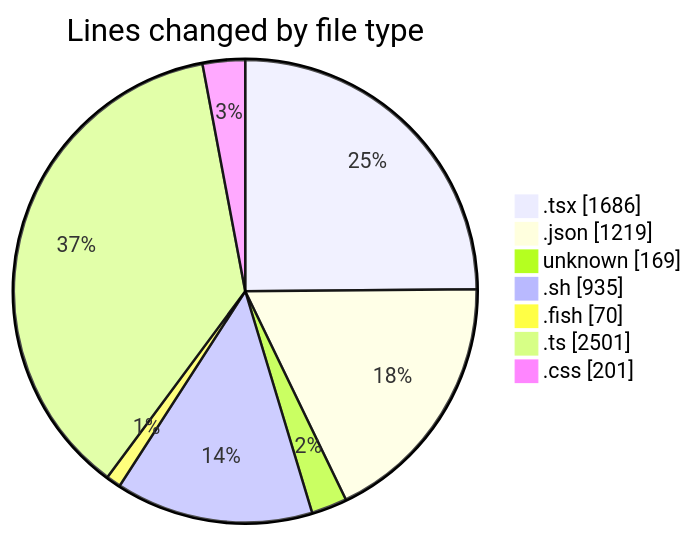
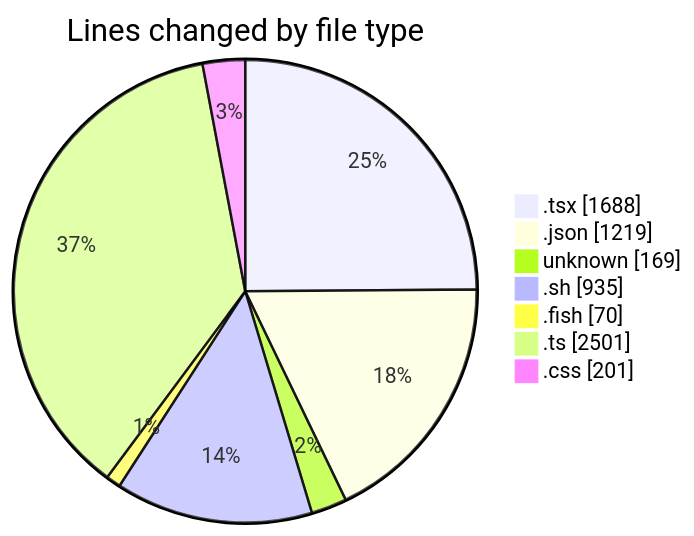
The first of 2 diagrams in 2025-07-17/ribbon/README.md (EIIisD/code-tracking), drawn with Mermaid before and after one commit. The commit also changed other lines of this file and 1 other file, not shown here.

````diff
--- a/2025-07-17/ribbon/README.md
+++ b/2025-07-17/ribbon/README.md
@@ -54,11 +54,11 @@
 ```mermaid
 pie showData
 title Lines changed by file type
-".tsx" : 1686
+".tsx" : 1688
 ".json" : 1219
 "unknown" : 169
 ".sh" : 935
 ".fish" : 70
 ".ts" : 2501
 ".css" : 201
 ```
````
